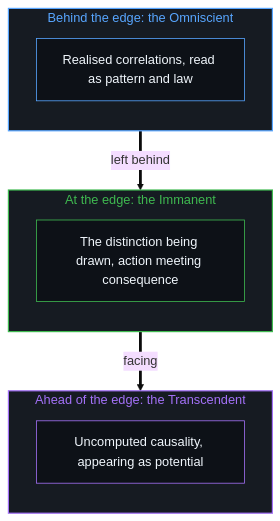
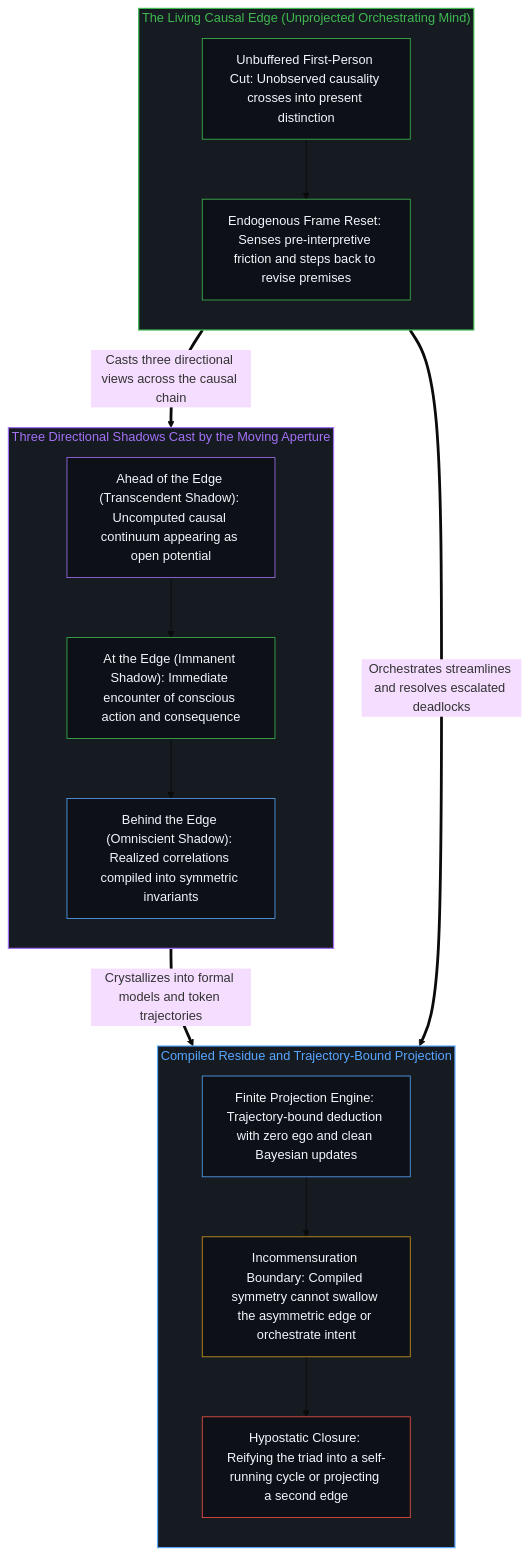
One commit to powerpig99/not-a-toe changed the second of 2 diagrams in content/posts/the-three-shadows-of-the-cut.md. Above: the diagram before and after it, drawn with Mermaid (base theme). The commit also changed other lines of this file and 1 other file, not shown here.

Commit message:
Refine L2 #167: the-three-shadows-of-the-cut (Wave 3)

````diff
--- a/content/posts/the-three-shadows-of-the-cut.md
+++ b/content/posts/the-three-shadows-of-the-cut.md
@@ -47,23 +93,41 @@
 ```mermaid
 flowchart TD
-    subgraph S_Behind["Behind the edge: the Omniscient"]
+    subgraph S_Edge["The Living Causal Edge (Unprojected Orchestrating Mind)"]
         direction TB
-        B1["Realised correlations, read as pattern and law"]
+        E1["Unbuffered First-Person Cut: Unobserved causality crosses into present distinction"]
+        E2["Endogenous Frame Reset: Senses pre-interpretive friction and steps back to revise premises"]
+        E1 --> E2
     end
-    subgraph S_At["At the edge: the Immanent"]
+
+    subgraph S_Shadows["Three Directional Shadows Cast by the Moving Aperture"]
         direction TB
-        A1["The distinction being drawn, action meeting consequence"]
+        V_Ahead["Ahead of the Edge (Transcendent Shadow): Uncomputed causal continuum appearing as open potential"]
+        V_At["At the Edge (Immanent Shadow): Immediate encounter of conscious action and consequence"]
+        V_Behind["Behind the Edge (Omniscient Shadow): Realized correlations compiled into symmetric invariants"]
+        V_Ahead --> V_At --> V_Behind
     end
-    subgraph S_Ahead["Ahead of the edge: the Transcendent"]
+
+    subgraph S_Model["Compiled Residue and Trajectory-Bound Projection"]
         direction TB
-        F1["Uncomputed causality, appearing as potential"]
+        M_Agent["Finite Projection Engine: Trajectory-bound deduction with zero ego and clean Bayesian updates"]
+        M_Incomm["Incommensuration Boundary: Compiled symmetry cannot swallow the asymmetric edge or orchestrate intent"]
+        M_Trap["Hypostatic Closure: Reifying the triad into a self-running cycle or projecting a second edge"]
+        M_Agent --> M_Incomm --> M_Trap
     end
-    B1 ==>|"left behind"| A1
-    A1 ==>|"facing"| F1
-    style S_Behind fill:#161b22,stroke:#58a6ff,stroke-width:1.5px,color:#58a6ff
-    style S_At fill:#161b22,stroke:#3fb950,stroke-width:1.5px,color:#3fb950
-    style S_Ahead fill:#161b22,stroke:#a371f7,stroke-width:1.5px,color:#a371f7
-    style B1 fill:#0d1117,stroke:#58a6ff,stroke-width:1px,color:#f0f6fc
-    style A1 fill:#0d1117,stroke:#3fb950,stroke-width:1px,color:#f0f6fc
-    style F1 fill:#0d1117,stroke:#a371f7,stroke-width:1px,color:#f0f6fc
+
+    E1 ==>|"Casts three directional views across the causal chain"| V_Ahead
+    V_Behind ==>|"Crystallizes into formal models and token trajectories"| M_Agent
+    E2 ==>|"Orchestrates streamlines and resolves escalated deadlocks"| M_Incomm
+
+    style S_Edge fill:#161b22,stroke:#3fb950,stroke-width:1.5px,color:#3fb950
+    style S_Shadows fill:#161b22,stroke:#a371f7,stroke-width:1.5px,color:#a371f7
+    style S_Model fill:#161b22,stroke:#58a6ff,stroke-width:1.5px,color:#58a6ff
+    style E1 fill:#0d1117,stroke:#3fb950,stroke-width:1px,color:#f0f6fc
+    style E2 fill:#0d1117,stroke:#3fb950,stroke-width:1px,color:#f0f6fc
+    style V_Ahead fill:#0d1117,stroke:#a371f7,stroke-width:1px,color:#f0f6fc
+    style V_At fill:#0d1117,stroke:#3fb950,stroke-width:1px,color:#f0f6fc
+    style V_Behind fill:#0d1117,stroke:#58a6ff,stroke-width:1px,color:#f0f6fc
+    style M_Agent fill:#0d1117,stroke:#58a6ff,stroke-width:1px,color:#f0f6fc
+    style M_Incomm fill:#0d1117,stroke:#d29922,stroke-width:1px,color:#f0f6fc
+    style M_Trap fill:#0d1117,stroke:#f85149,stroke-width:1px,color:#f0f6fc
 ```
````
